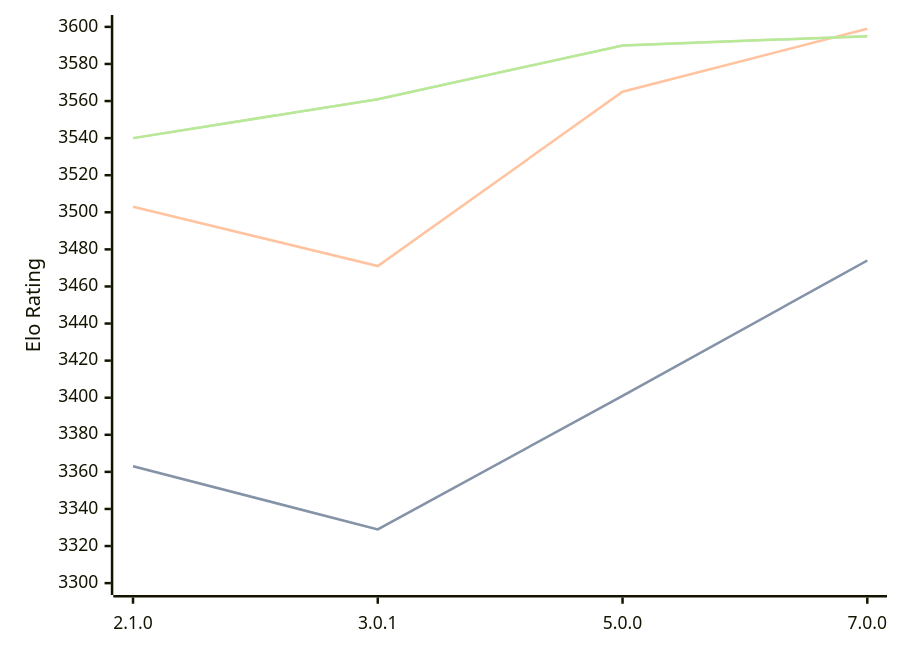
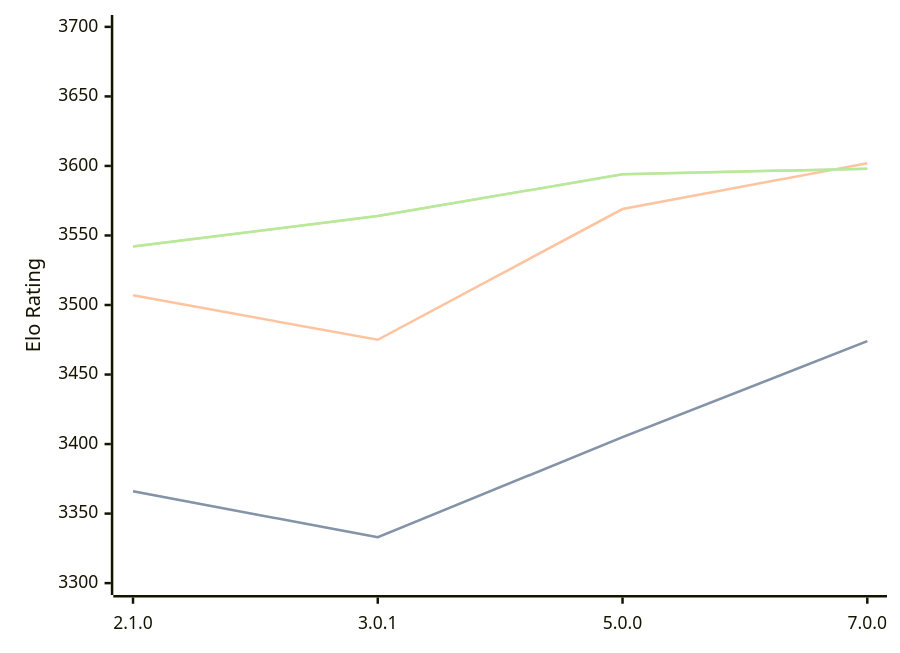
One commit to computer-chess-index/cci changed the diagram in engines/PlentyChess.md. Above: the diagram before and after it, drawn with Mermaid. The commit also changed other lines of this file, not shown here.

Commit message:
Update CCI Ratings (ELO VLTC) - 2026-04-30

````diff
--- a/engines/PlentyChess.md
+++ b/engines/PlentyChess.md
@@ -45,11 +45,11 @@
 ```mermaid
 %%{init: {"theme":"base","themeVariables":{"seriesColors:['#a3a3a3','#222221','#faa371']}}}%%
 xychart-beta
   x-axis ["2.1.0", "3.0.1", "5.0.0", "7.0.0"]
-  y-axis "Elo Rating" 3300 --> 3600
-  line "STC (8.0+0.08s)" [3363, 3329, 3401, 3474]
-  line "STC (8.0+0.08s)" [3363, 3329, 3401, 3474]
-  line "LTC (60.0+0.60s)" [3503, 3471, 3565, 3599]
-  line "VLTC (2m24s+1.12s)" [3540, 3561, 3590, 3595]
-  line "VLTC (2m24s+1.12s)" [3540, 3561, 3590, 3595]
+  y-axis "Elo Rating" 3300 --> 3700
+  line "STC (8.0+0.08s)" [3366, 3333, 3405, 3474]
+  line "STC (8.0+0.08s)" [3366, 3333, 3405, 3474]
+  line "LTC (60.0+0.60s)" [3507, 3475, 3569, 3602]
+  line "VLTC (2m24s+1.12s)" [3542, 3564, 3594, 3598]
+  line "VLTC (2m24s+1.12s)" [3542, 3564, 3594, 3598]
 ```
````
